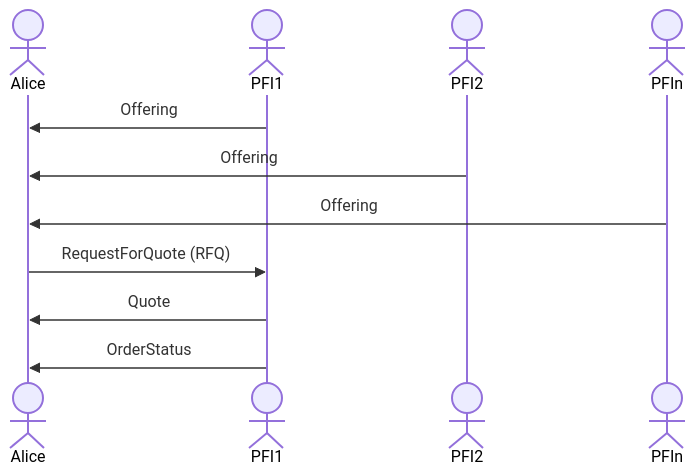
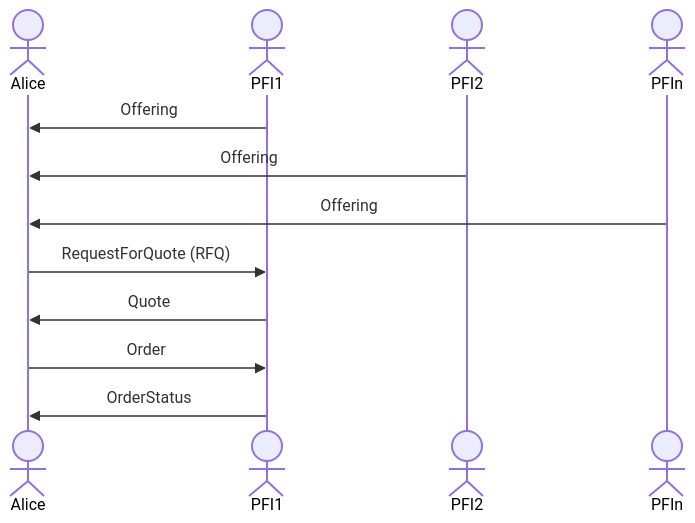
One commit to TBD54566975/tbdex changed the diagram in protocol/README.md. Above: the diagram before and after it, drawn with Mermaid. The commit also changed other lines of this file, not shown here.

````diff
--- a/protocol/README.md
+++ b/protocol/README.md
@@ -191,13 +185,14 @@
 ```mermaid
 sequenceDiagram
   actor Alice
 	actor PFI1
   actor PFI2
 	actor PFIn
 	PFI1->>Alice: Offering
 	PFI2->>Alice: Offering
 	PFIn->>Alice: Offering
   Alice->>PFI1: RequestForQuote (RFQ)
   PFI1->>Alice: Quote
+  Alice->>PFI1: Order
   PFI1->>Alice: OrderStatus
 ```
````
